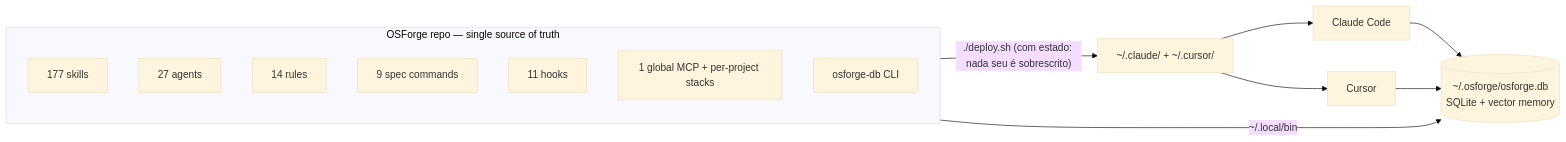
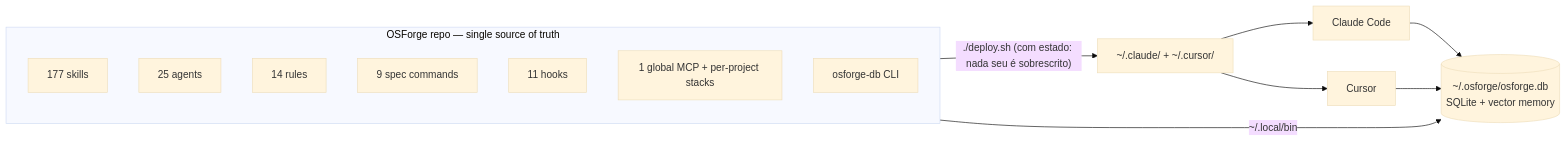
The first of 5 diagrams in README.md (plocemourasouza/osforge), drawn with Mermaid (base theme) before and after one commit. The commit also changed other lines of this file and 18 other files, not shown here.

````diff
--- a/README.md
+++ b/README.md
@@ -76,19 +76,19 @@
 ```mermaid
 flowchart LR
   subgraph REPO["OSForge repo — single source of truth"]
     direction TB
     SK["177 skills"]
-    AG["27 agents"]
+    AG["25 agents"]
     RU["14 rules"]
     CM["9 spec commands"]
     HK["11 hooks"]
     MC["1 global MCP + per-project stacks"]
     DBCLI["osforge-db CLI"]
   end
   REPO -->|"./deploy.sh (com estado: nada seu é sobrescrito)"| HOME["~/.claude/ + ~/.cursor/"]
   HOME --> CC["Claude Code"]
   HOME --> CU["Cursor"]
   DBCLI -->|"~/.local/bin"| STATE[("~/.osforge/osforge.db<br/>SQLite + vector memory")]
   CC --> STATE
   CU --> STATE
 ```
````
